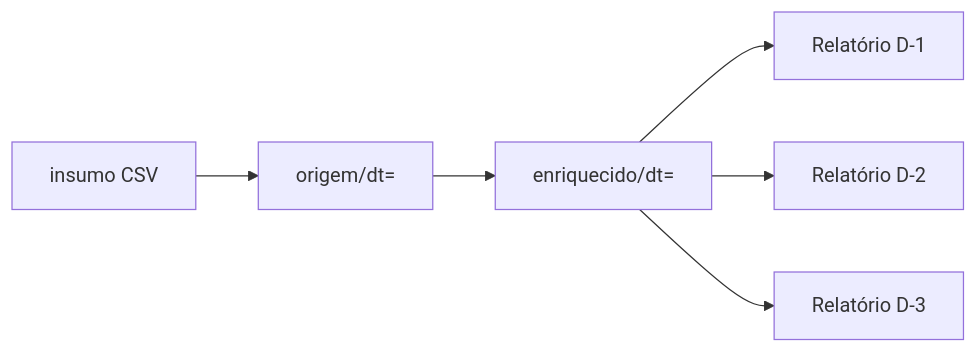
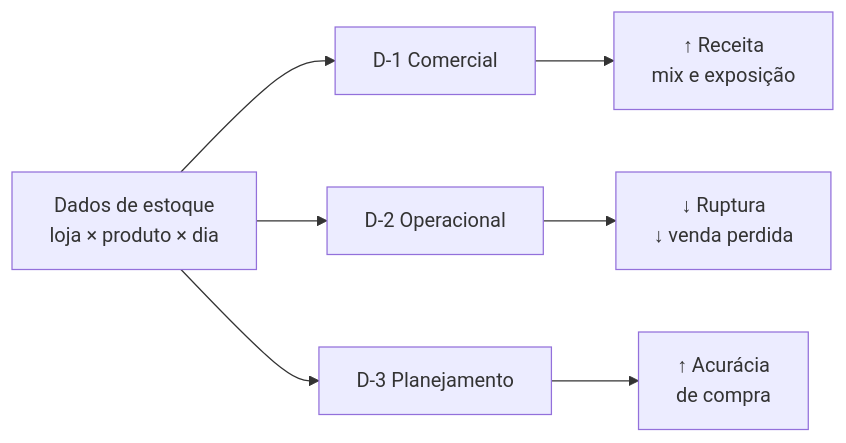
The first of 2 diagrams in README.md (welligtoncos/datamesh-retail-inventory-insights-d1-d2-d3), drawn with Mermaid before and after one commit. The commit also changed other lines of this file and 4 other files, not shown here.

````diff
--- a/README.md
+++ b/README.md
@@ -37,8 +26,15 @@
 ```mermaid
 flowchart LR
-    CSV["insumo CSV"] --> ORIG["origem/dt="]
-    ORIG --> ENR["enriquecido/dt="]
-    ENR --> D1["Relatório D-1"]
-    ENR --> D2["Relatório D-2"]
-    ENR --> D3["Relatório D-3"]
+    DADOS["Dados de estoque<br/>loja × produto × dia"]
+    D1["D-1 Comercial"]
+    D2["D-2 Operacional"]
+    D3["D-3 Planejamento"]
+    V1["↑ Receita<br/>mix e exposição"]
+    V2["↓ Ruptura<br/>↓ venda perdida"]
+    V3["↑ Acurácia<br/>de compra"]
+
+    DADOS --> D1 & D2 & D3
+    D1 --> V1
+    D2 --> V2
+    D3 --> V3
 ```
````
